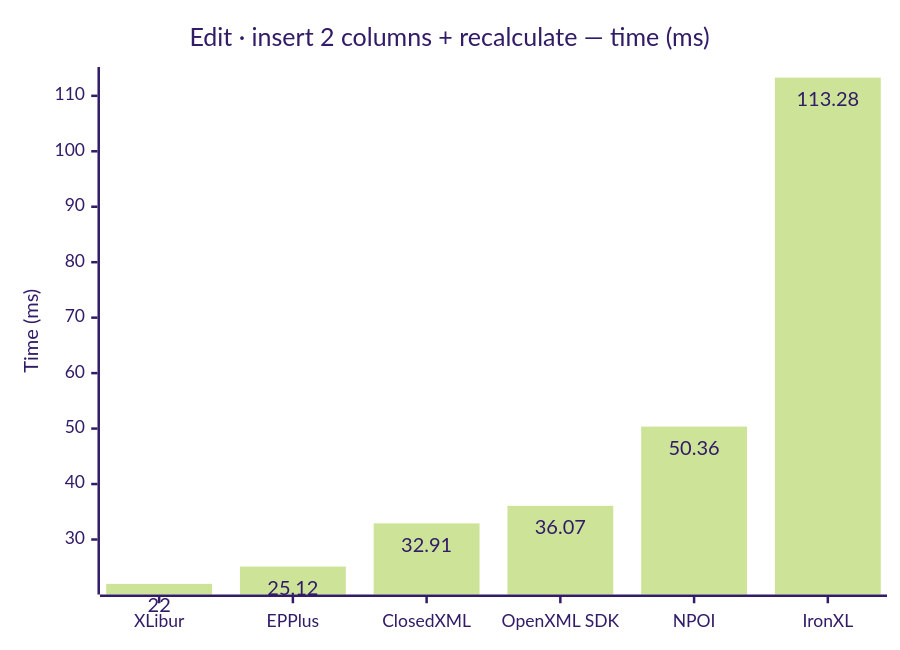
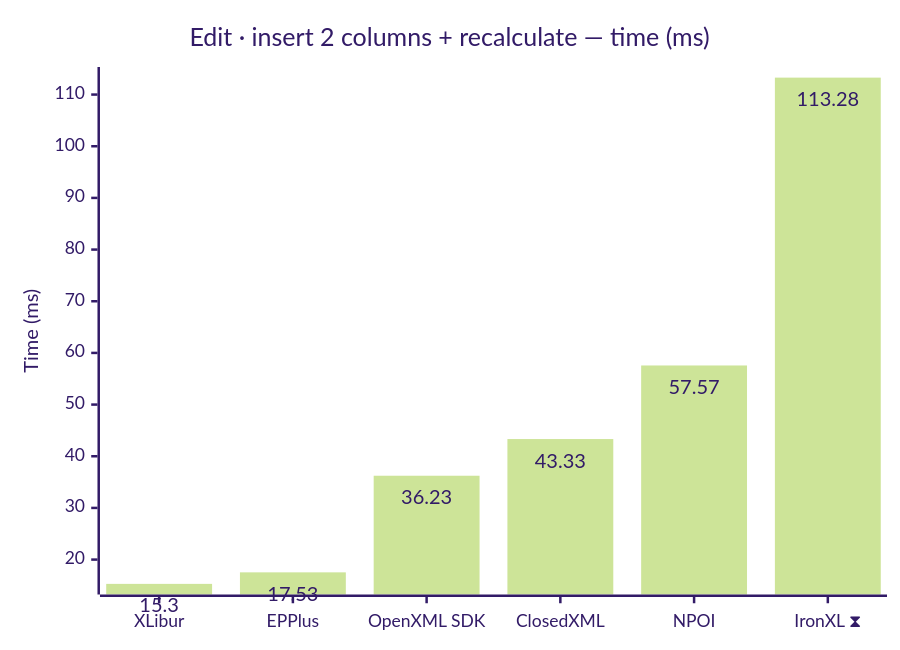
Diagram 11 of 12 in docs/results.md (jafin/XLBench), drawn with Mermaid (forest theme) before and after one commit. The commit also changed other lines of this file and 3 other files, not shown here.

````diff
--- a/docs/results.md
+++ b/docs/results.md
@@ -165,12 +169,12 @@
 ```mermaid
 ---
 config:
   xyChart:
     showDataLabel: true
 ---
 xychart-beta
     title "Edit · insert 2 columns + recalculate — time (ms)"
-    x-axis ["XLibur", "EPPlus", "ClosedXML", "OpenXML SDK", "NPOI", "IronXL"]
+    x-axis ["XLibur", "EPPlus", "OpenXML SDK", "ClosedXML", "NPOI", "IronXL ⧗"]
     y-axis "Time (ms)"
-    bar [22, 25.12, 32.91, 36.07, 50.36, 113.28]
+    bar [15.3, 17.53, 36.23, 43.33, 57.57, 113.28]
 ```
````
